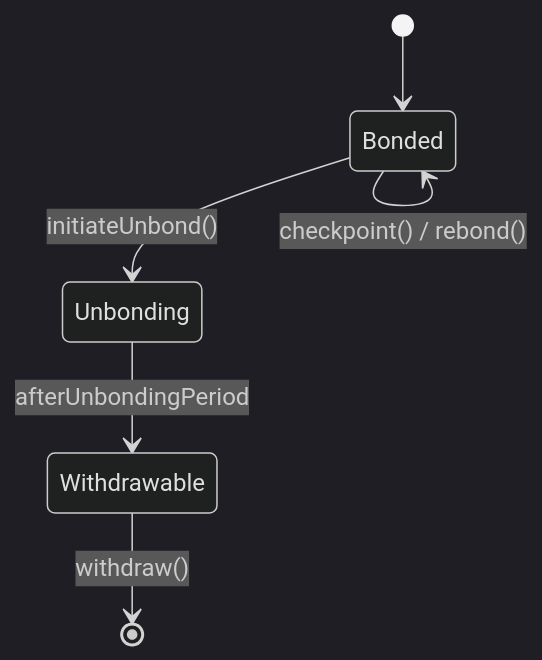
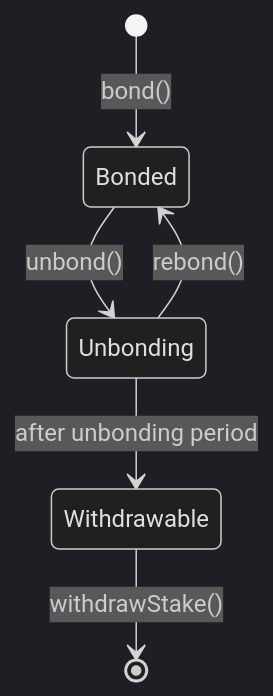
The diagram in v2/delegators/concepts/mechanics.mdx (its-DeFine/docs), drawn with Mermaid (dark theme) before and after one commit. The commit also changed other lines of this file and 598 other files, not shown here.

````diff
--- a/v2/delegators/concepts/mechanics.mdx
+++ b/v2/delegators/concepts/mechanics.mdx
@@ -153,8 +101,8 @@
 ```mermaid
 stateDiagram-v2
-    [*] --> Bonded
-    Bonded --> Unbonding : initiateUnbond()
-    Unbonding --> Withdrawable : afterUnbondingPeriod
-    Withdrawable --> [*] : withdraw()
-    Bonded --> Bonded : checkpoint() / rebond()
+    [*] --> Bonded : bond()
+    Bonded --> Unbonding : unbond()
+    Unbonding --> Withdrawable : after unbonding period
+    Withdrawable --> [*] : withdrawStake()
+    Unbonding --> Bonded : rebond()
 ```
````
